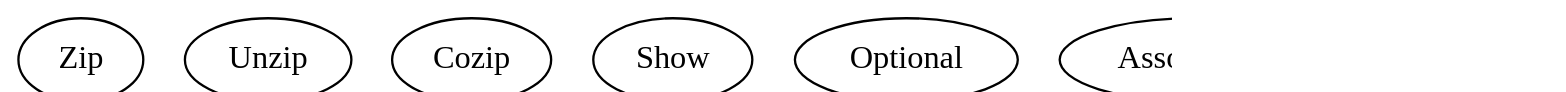
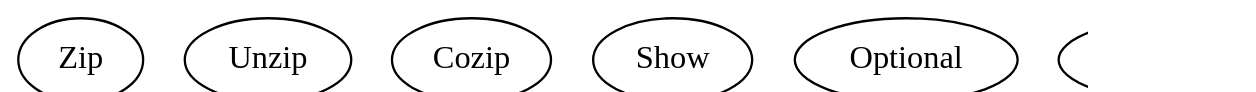
One commit to fommil/fpmortals changed the fourth of 17 diagrams in manuscript/book.org. Above: the diagram before and after it, drawn with Graphviz. The commit also changed other lines of this file and 6 other files, not shown here.

```diff
--- a/manuscript/book.org
+++ b/manuscript/book.org
@@ -3123,14 +3124,13 @@
 #+BEGIN_SRC dot :file images/scalaz-core-loners.png :exports results
 digraph G {
     graph [dpi=100, rankdir=BT];
     node [fontname=Hack];
 
     Zip;
     Unzip;
     Cozip;
     Show;
     Optional;
-    Associative;
     Catchable;
 }
 #+END_SRC
```
